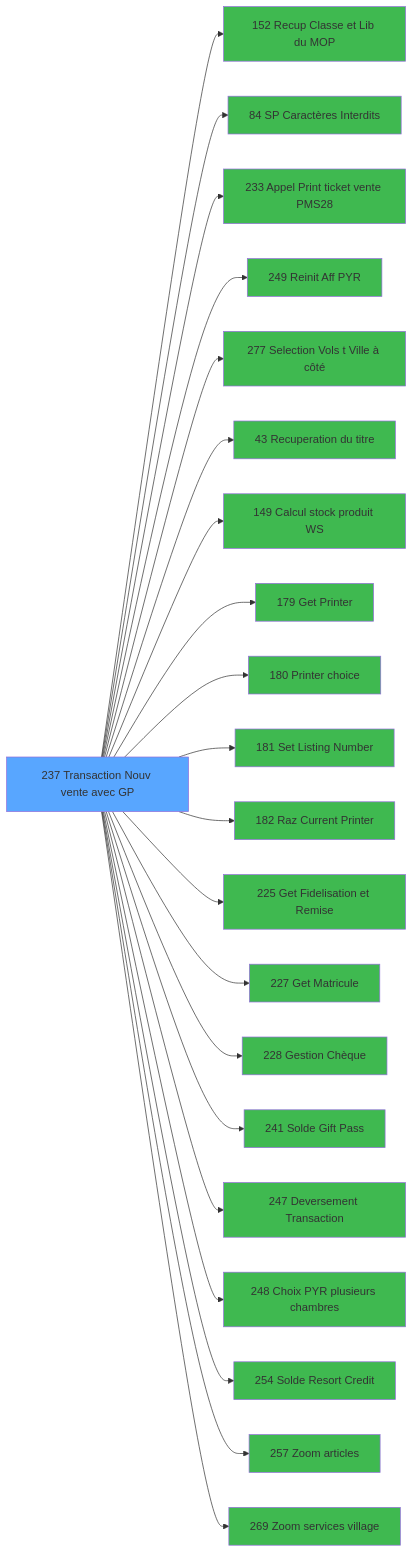
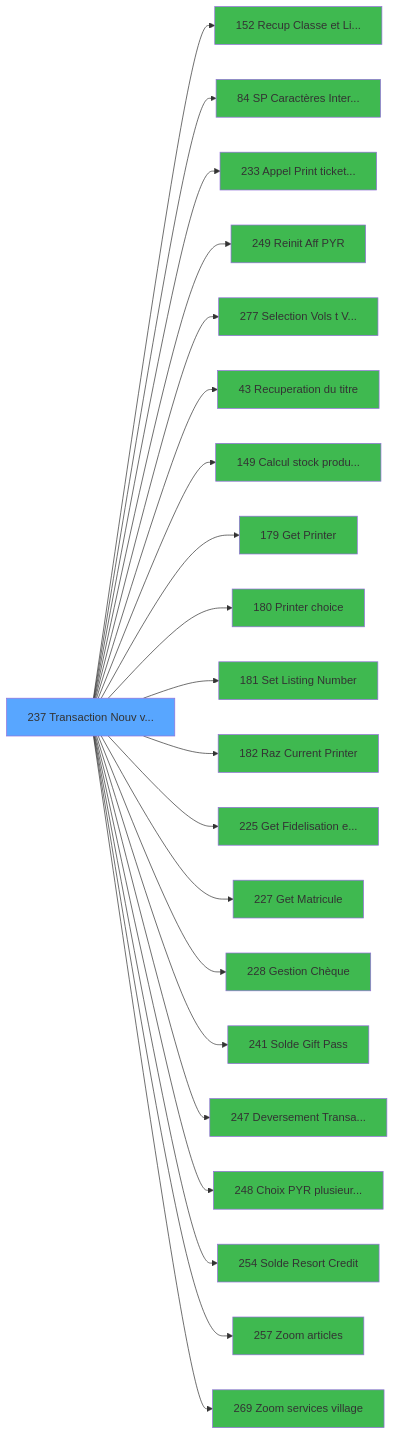
Before and after one commit to thonyAGP/lecteur-magic: the fourth of 4 diagrams in .openspec/specs/ADH-IDE-237.md, drawn with Mermaid. The commit also changed other lines of this file and 36 other files, not shown here.

First line of the commit message:
feat(pipeline): ticket pipeline v2.0 hybrid architecture

````diff
--- a/.openspec/specs/ADH-IDE-237.md
+++ b/.openspec/specs/ADH-IDE-237.md
@@ -941,65 +1141,65 @@
 ```mermaid
 graph LR
-    T237[237 Transaction Nouv vente avec GP]
+    T237[237 Transaction Nouv v...]
     style T237 fill:#58a6ff
-    C152[152 Recup Classe et Lib du MOP]
+    C152[152 Recup Classe et Li...]
     T237 --> C152
     style C152 fill:#3fb950
-    C84[84 SP Caractères Interdits]
+    C84[84 SP Caractères Inter...]
     T237 --> C84
     style C84 fill:#3fb950
-    C233[233 Appel Print ticket vente PMS28]
+    C233[233 Appel Print ticket...]
     T237 --> C233
     style C233 fill:#3fb950
     C249[249 Reinit Aff PYR]
     T237 --> C249
     style C249 fill:#3fb950
-    C277[277 Selection Vols t Ville à côté]
+    C277[277 Selection Vols t V...]
     T237 --> C277
     style C277 fill:#3fb950
     C43[43 Recuperation du titre]
     T237 --> C43
     style C43 fill:#3fb950
-    C149[149 Calcul stock produit WS]
+    C149[149 Calcul stock produ...]
     T237 --> C149
     style C149 fill:#3fb950
     C179[179 Get Printer]
     T237 --> C179
     style C179 fill:#3fb950
     C180[180 Printer choice]
     T237 --> C180
     style C180 fill:#3fb950
     C181[181 Set Listing Number]
     T237 --> C181
     style C181 fill:#3fb950
     C182[182 Raz Current Printer]
     T237 --> C182
     style C182 fill:#3fb950
-    C225[225 Get Fidelisation et Remise]
+    C225[225 Get Fidelisation e...]
     T237 --> C225
     style C225 fill:#3fb950
     C227[227 Get Matricule]
     T237 --> C227
     style C227 fill:#3fb950
     C228[228 Gestion Chèque]
     T237 --> C228
     style C228 fill:#3fb950
     C241[241 Solde Gift Pass]
     T237 --> C241
     style C241 fill:#3fb950
-    C247[247 Deversement Transaction]
+    C247[247 Deversement Transa...]
     T237 --> C247
     style C247 fill:#3fb950
-    C248[248 Choix PYR plusieurs chambres]
+    C248[248 Choix PYR plusieur...]
     T237 --> C248
     style C248 fill:#3fb950
     C254[254 Solde Resort Credit]
     T237 --> C254
     style C254 fill:#3fb950
     C257[257 Zoom articles]
     T237 --> C257
     style C257 fill:#3fb950
     C269[269 Zoom services village]
     T237 --> C269
     style C269 fill:#3fb950
 ```
````
